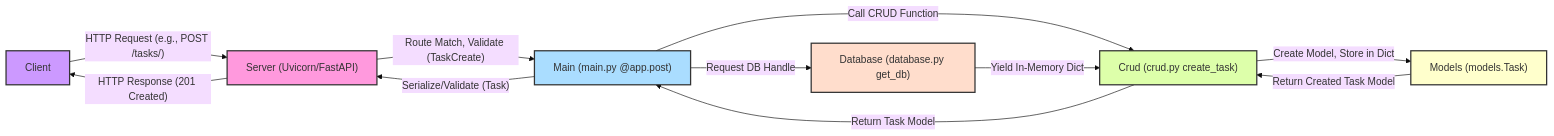
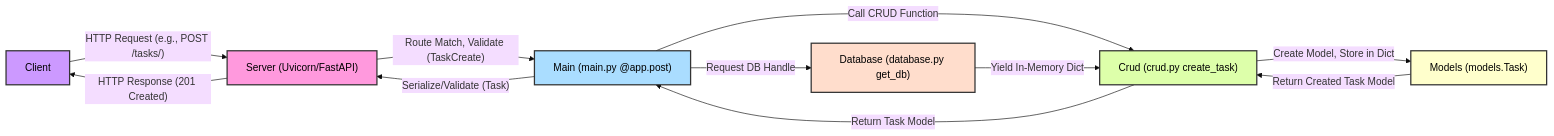
Before and after one commit to AayushBadola/TaskManager: the diagram in README.md, drawn with Mermaid (base theme).

````diff
--- a/README.md
+++ b/README.md
@@ -257,22 +257,22 @@
 ```mermaid
 graph LR
     Client -->|"HTTP Request (e.g., POST /tasks/)"| ServerNode["Server (Uvicorn/FastAPI)"];
     ServerNode -->|"Route Match, Validate (TaskCreate)"| MainNode["Main (main.py @app.post)"];
     MainNode -->|"Call CRUD Function"| CrudNode["Crud (crud.py create_task)"];
     MainNode -->|"Request DB Handle"| DatabaseNode["Database (database.py get_db)"];
     DatabaseNode -->|"Yield In-Memory Dict"| CrudNode;
     CrudNode -->|"Create Model, Store in Dict"| ModelsNode["Models (models.Task)"];
     ModelsNode -->|"Return Created Task Model"| CrudNode;
     CrudNode -->|"Return Task Model"| MainNode;
     MainNode -->|"Serialize/Validate (Task)"| ServerNode;
     ServerNode -->|"HTTP Response (201 Created)"| Client;
 
-    %% Styles for clarity %%
-    style Client fill:#c9f,stroke:#333,stroke-width:2px;
-    style ServerNode fill:#f9d,stroke:#333,stroke-width:2px;
-    style MainNode fill:#adf,stroke:#333,stroke-width:2px;
-    style CrudNode fill:#dfa,stroke:#333,stroke-width:2px;
-    style DatabaseNode fill:#fdc,stroke:#333,stroke-width:2px;
-    style ModelsNode fill:#ffc,stroke:#333,stroke-width:2px;
+    %% Styles for clarity - Added 'color' for text visibility %%
+    style Client fill:#c9f,stroke:#333,stroke-width:2px,color:#000;
+    style ServerNode fill:#f9d,stroke:#333,stroke-width:2px,color:#000;
+    style MainNode fill:#adf,stroke:#333,stroke-width:2px,color:#000;
+    style CrudNode fill:#dfa,stroke:#333,stroke-width:2px,color:#000;
+    style DatabaseNode fill:#fdc,stroke:#333,stroke-width:2px,color:#000;
+    style ModelsNode fill:#ffc,stroke:#333,stroke-width:2px,color:#000;
 
 ```
````
